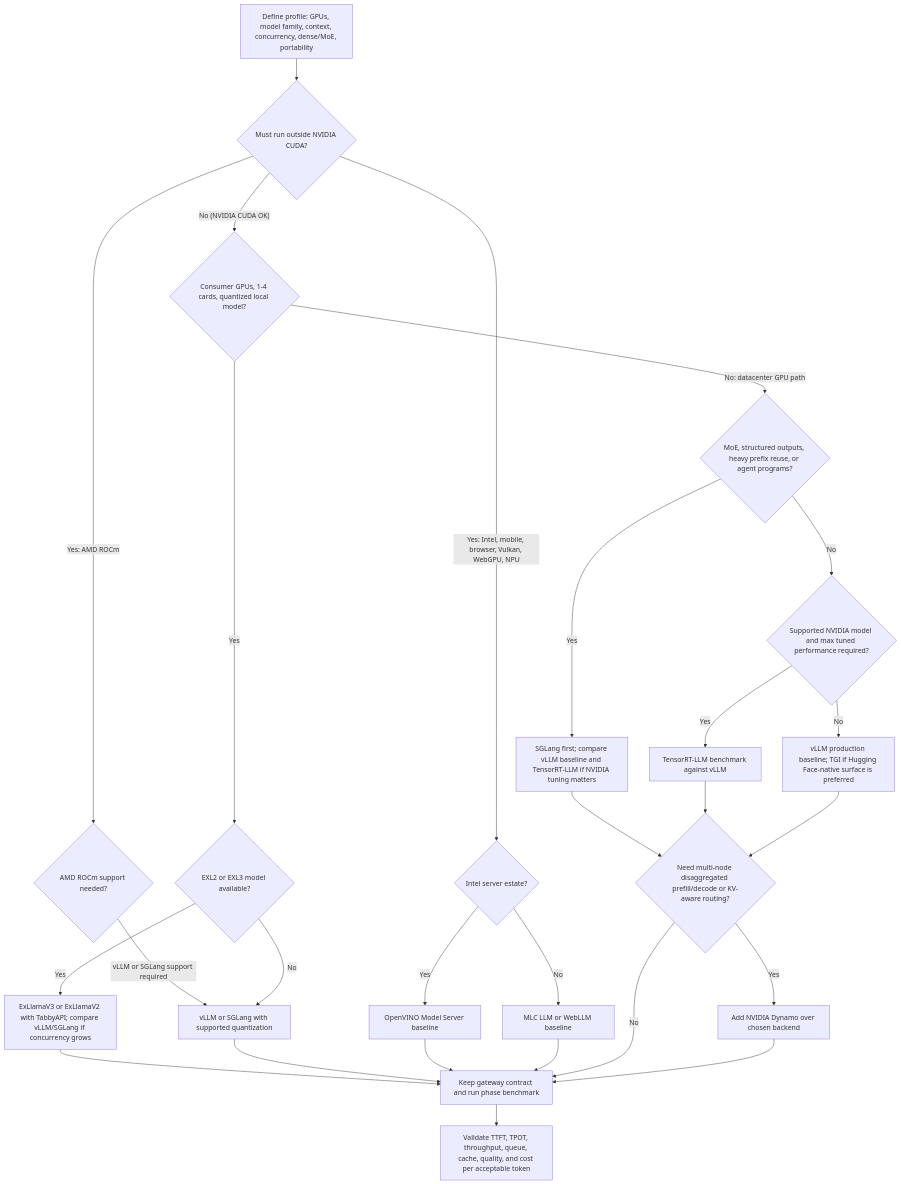
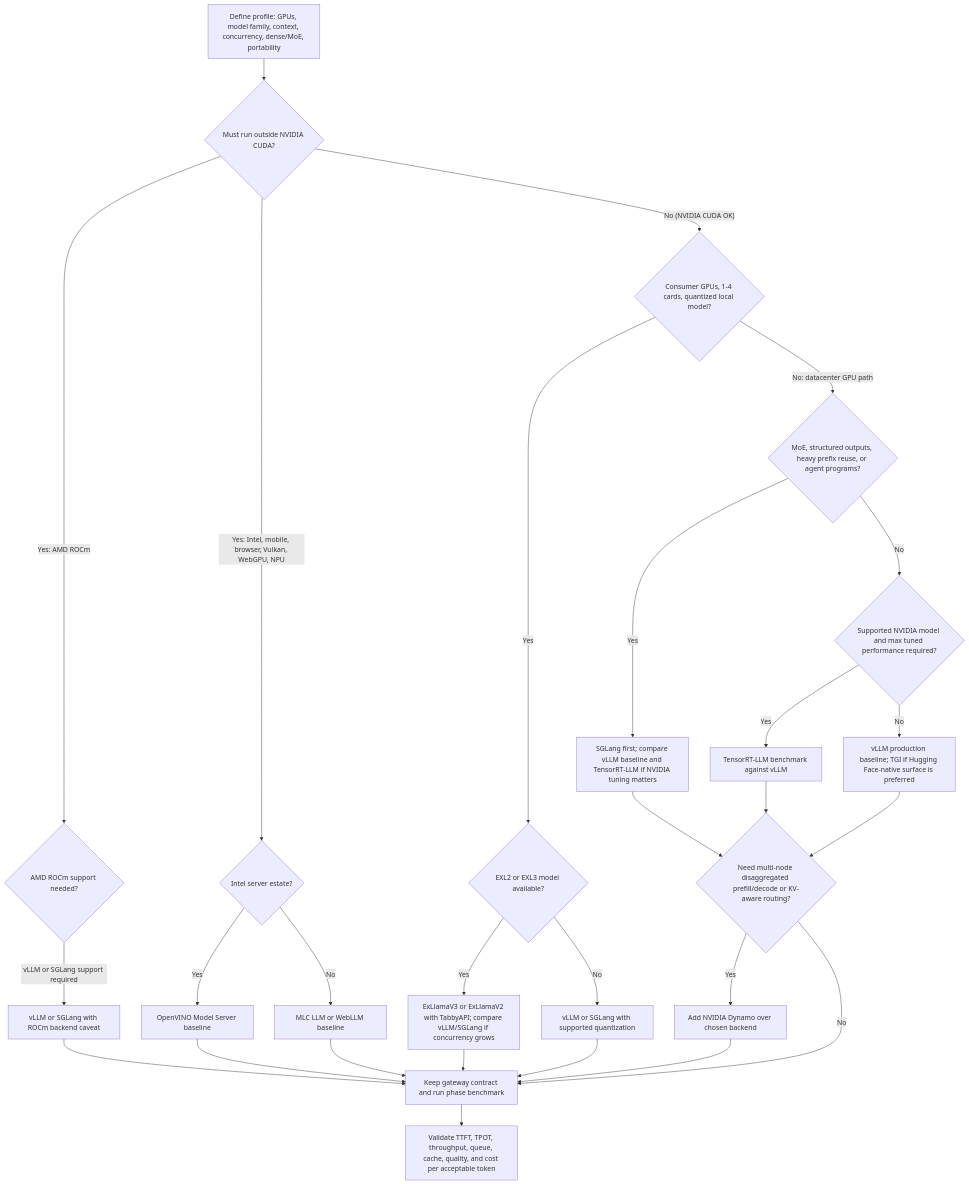
The diagram in src/content/docs/ai-ml-engineering/ai-infrastructure/module-1.7-production-inference-engines.md (kube-dojo/kube-dojo), drawn with Mermaid before and after one commit. The commit also changed other lines of this file, not shown here.

Commit message:
fix(ai-infrastructure): round-3 fixups on PR #1388 — Mermaid node-ID collision + Next Module points forward

````diff
--- a/src/content/docs/ai-ml-engineering/ai-infrastructure/module-1.7-production-inference-engines.md
+++ b/src/content/docs/ai-ml-engineering/ai-infrastructure/module-1.7-production-inference-engines.md
@@ -295,29 +295,30 @@
 ```mermaid
 flowchart TD
     A["Define profile: GPUs, model family, context, concurrency, dense/MoE, portability"] --> B{"Must run outside NVIDIA CUDA?"}
     B -- "Yes: AMD ROCm" --> AMD{"AMD ROCm support needed?"}
-    AMD -- "vLLM or SGLang support required" --> I["vLLM or SGLang with ROCm backend caveat"]
+    AMD -- "vLLM or SGLang support required" --> ROCM_OUT["vLLM or SGLang with ROCm backend caveat"]
     B -- "Yes: Intel, mobile, browser, Vulkan, WebGPU, NPU" --> C{"Intel server estate?"}
     C -- "Yes" --> D["OpenVINO Model Server baseline"]
     C -- "No" --> E["MLC LLM or WebLLM baseline"]
     B -- "No (NVIDIA CUDA OK)" --> F{"Consumer GPUs, 1-4 cards, quantized local model?"}
     F -- "Yes" --> G{"EXL2 or EXL3 model available?"}
     G -- "Yes" --> H["ExLlamaV3 or ExLlamaV2 with TabbyAPI; compare vLLM/SGLang if concurrency grows"]
     G -- "No" --> I["vLLM or SGLang with supported quantization"]
     F -- "No: datacenter GPU path" --> J{"MoE, structured outputs, heavy prefix reuse, or agent programs?"}
     J -- "Yes" --> K["SGLang first; compare vLLM baseline and TensorRT-LLM if NVIDIA tuning matters"]
     J -- "No" --> L{"Supported NVIDIA model and max tuned performance required?"}
     L -- "Yes" --> M["TensorRT-LLM benchmark against vLLM"]
     L -- "No" --> N["vLLM production baseline; TGI if Hugging Face-native surface is preferred"]
     K --> O{"Need multi-node disaggregated prefill/decode or KV-aware routing?"}
     M --> O
     N --> O
     H --> P["Keep gateway contract and run phase benchmark"]
     I --> P
+    ROCM_OUT --> P
     D --> P
     E --> P
     O -- "Yes" --> Q["Add NVIDIA Dynamo over chosen backend"]
     O -- "No" --> P
     Q --> P
     P --> R["Validate TTFT, TPOT, throughput, queue, cache, quality, and cost per acceptable token"]
 ```
````
